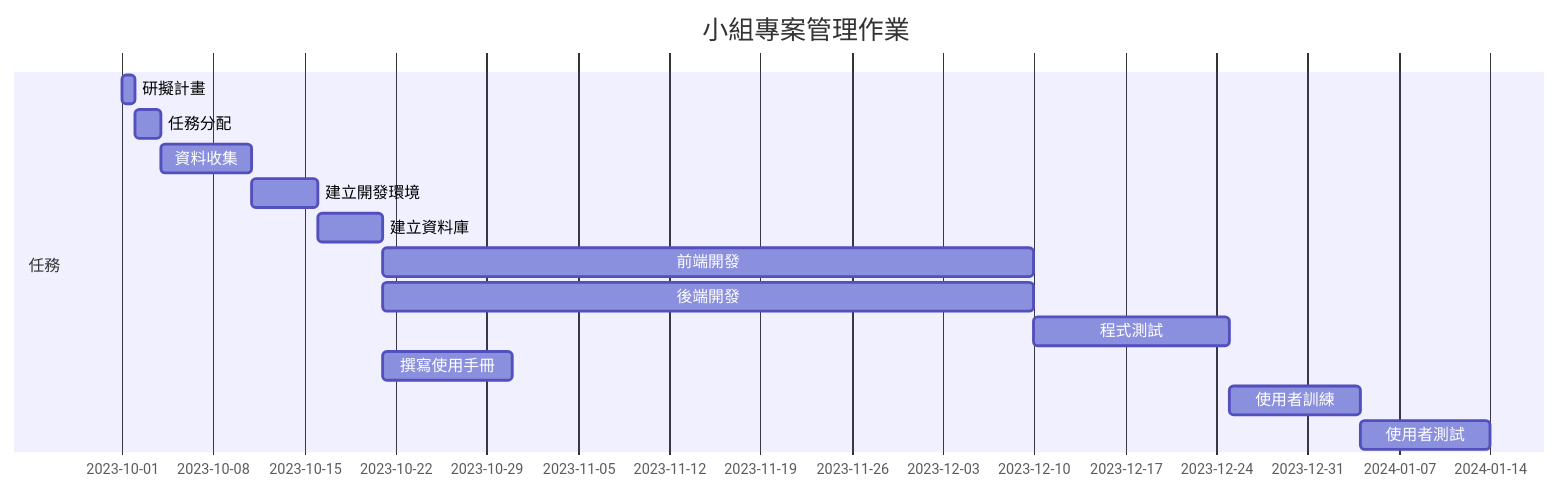
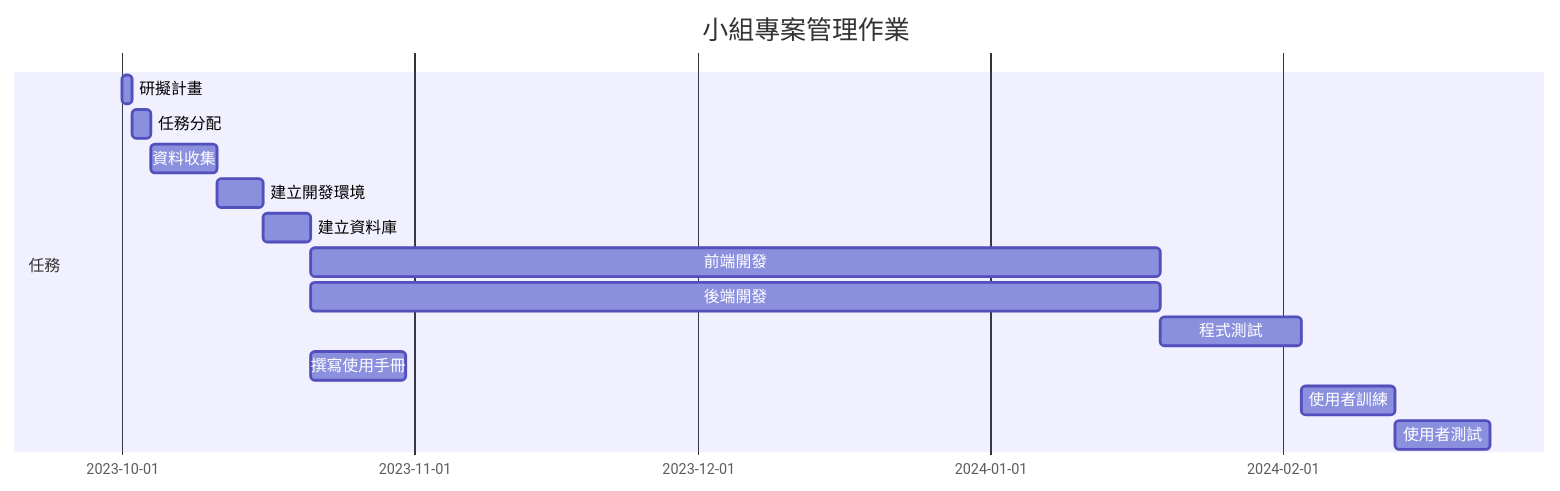
The diagram in group-hw2.md (Xuan730/T5), drawn with Mermaid before and after one commit.

````diff
--- a/group-hw2.md
+++ b/group-hw2.md
@@ -7,17 +7,17 @@
 ```mermaid
 gantt
     title 小組專案管理作業
 
     section 任務
     研擬計畫 :a1, 2023-10-01, 1d
     任務分配 :a2, after a1, 2d
     資料收集 :a3, after a2 , 7d
     建立開發環境 :a4, after a3, 5d
     建立資料庫 :a5, after a4, 5d
-    前端開發:a6,after a5, 50d
-    後端開發:a7, after a5, 50d
+    前端開發:a6,after a5, 90d
+    後端開發:a7, after a5, 90d
     程式測試 :a8, after a6、a7, 15d
     撰寫使用手冊 :a9, after a5, 10d
     使用者訓練 :a10, after a8, 10d
     使用者測試 : a11, after a10, 10d
 ```
````
